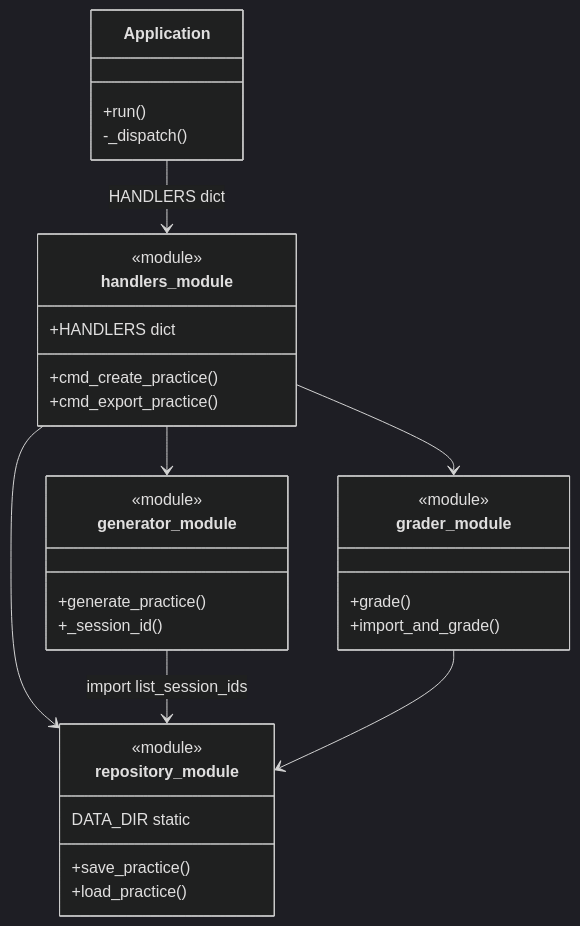
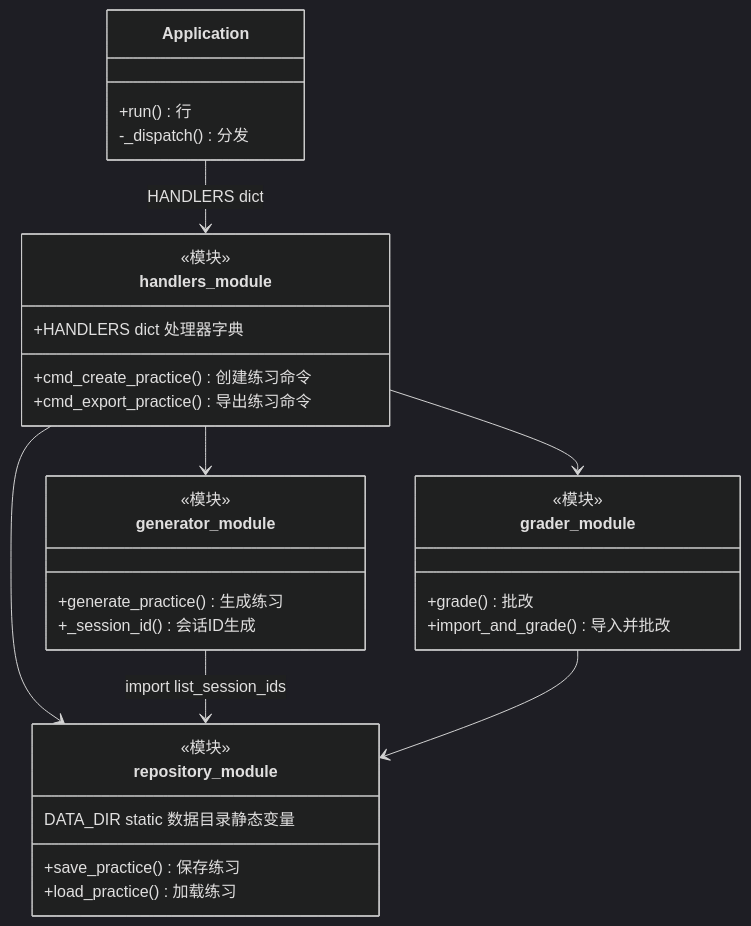
The first of 2 diagrams in docs/REFACTORING.md (fumiaogodv/tese_four_liu), drawn with Mermaid (dark theme) before and after one commit. The commit also changed other lines of this file and 1 other file, not shown here.

````diff
--- a/docs/REFACTORING.md
+++ b/docs/REFACTORING.md
@@ -14,42 +14,42 @@
 ```mermaid
 classDiagram
     direction TB
 
     class Application {
-        +run()
-        -_dispatch()
+        +run() 行
+        -_dispatch() 分发
     }
 
     class handlers_module {
-        <<module>>
-        +cmd_create_practice()
-        +cmd_export_practice()
-        +HANDLERS dict
+        <<模块>>
+        +cmd_create_practice() 创建练习命令
+        +cmd_export_practice() 导出练习命令
+        +HANDLERS dict 处理器字典
     }
 
     class generator_module {
-        <<module>>
-        +generate_practice()
-        +_session_id()
+        <<模块>>
+        +generate_practice() 生成练习
+        +_session_id() 会话ID生成
     }
 
     class repository_module {
-        <<module>>
-        +save_practice()
-        +load_practice()
-        DATA_DIR static
+        <<模块>>
+        +save_practice() 保存练习
+        +load_practice() 加载练习
+        DATA_DIR static 数据目录静态变量
     }
 
     class grader_module {
-        <<module>>
-        +grade()
-        +import_and_grade()
+        <<模块>>
+        +grade() 批改
+        +import_and_grade() 导入并批改
     }
 
     Application --> handlers_module : HANDLERS dict
     handlers_module --> generator_module
     handlers_module --> repository_module
     handlers_module --> grader_module
     generator_module --> repository_module : import list_session_ids
     grader_module --> repository_module
 ```
````
